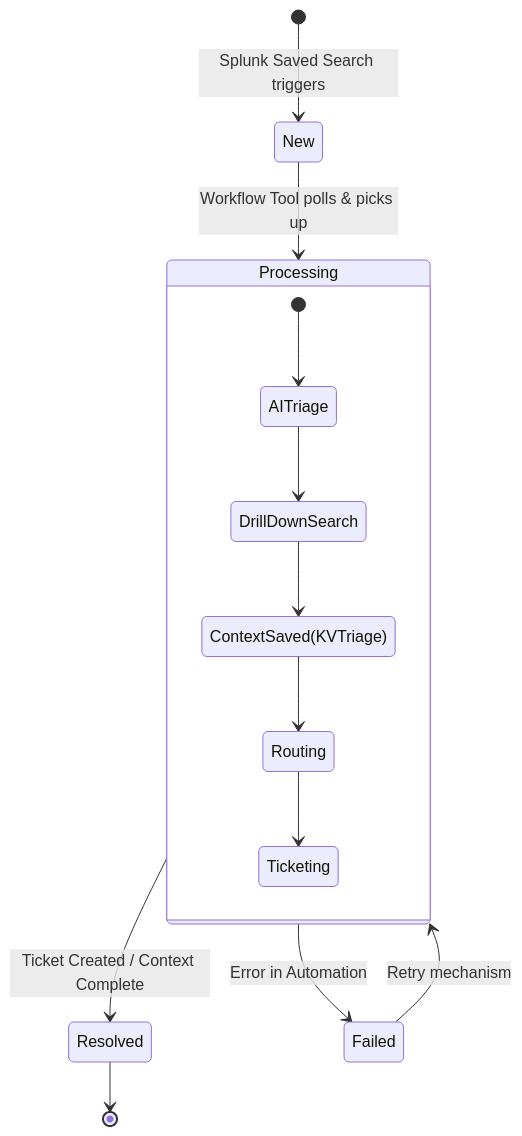
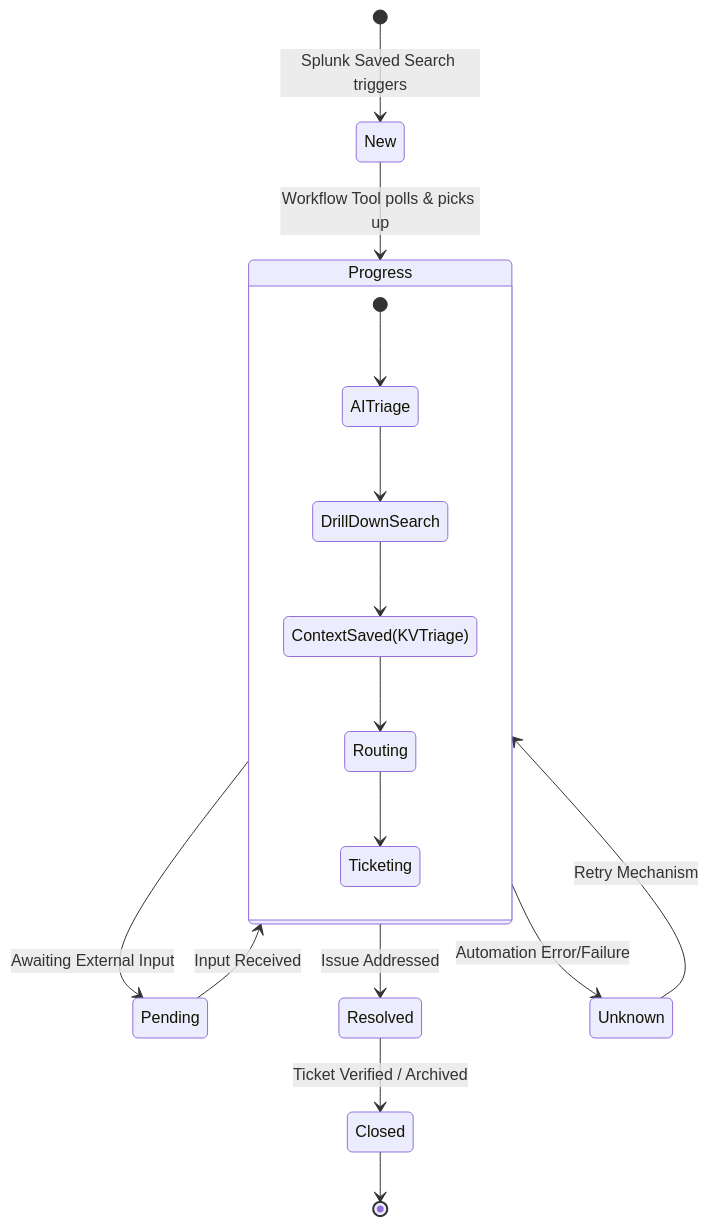
Before and after one commit to getkub/watchtower: the diagram in docs/design/splunk/alert_lifecycle.md, drawn with Mermaid. The commit also changed 21 other files, not shown here.

````diff
--- a/docs/design/splunk/alert_lifecycle.md
+++ b/docs/design/splunk/alert_lifecycle.md
@@ -3,21 +3,24 @@
 ```mermaid
 stateDiagram-v2
     [*] --> New: Splunk Saved Search triggers
     
-    New --> Processing: Workflow Tool polls & picks up
+    New --> Progress: Workflow Tool polls & picks up
     
-    state Processing {
+    state Progress {
         [*] --> AITriage
         AITriage --> DrillDownSearch
         DrillDownSearch --> ContextSaved(KVTriage)
         ContextSaved(KVTriage) --> Routing
         Routing --> Ticketing
     }
     
-    Processing --> Resolved: Ticket Created / Context Complete
-    Processing --> Failed: Error in Automation
+    Progress --> Pending: Awaiting External Input
+    Progress --> Resolved: Issue Addressed
+    Pending --> Progress: Input Received
+    Resolved --> Closed: Ticket Verified / Archived
     
-    Failed --> Processing: Retry mechanism
+    Progress --> Unknown: Automation Error/Failure
+    Unknown --> Progress: Retry Mechanism
     
-    Resolved --> [*]
+    Closed --> [*]
 ```
````
